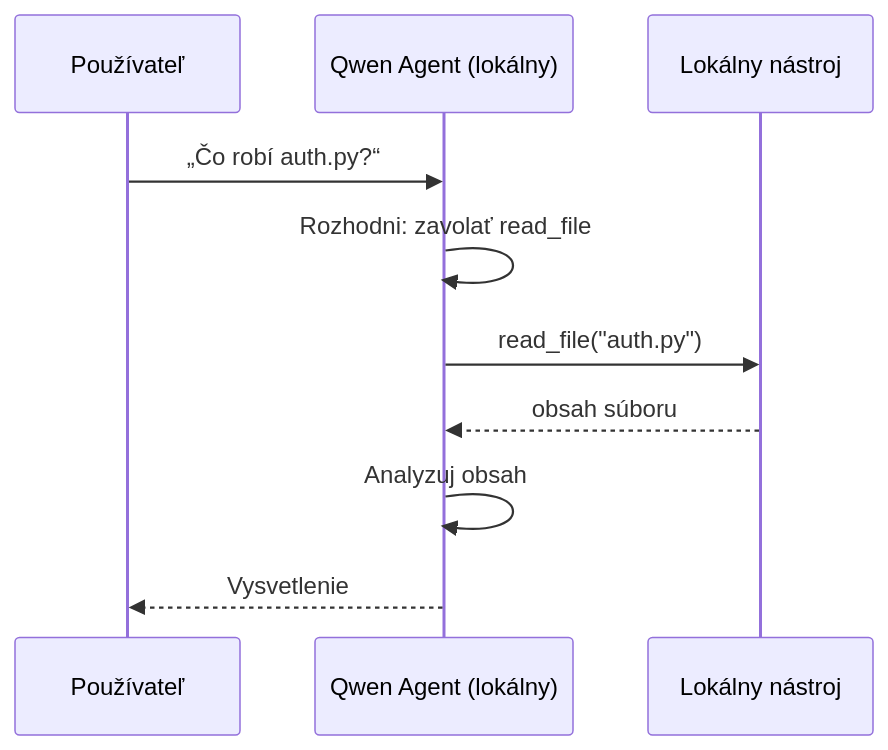
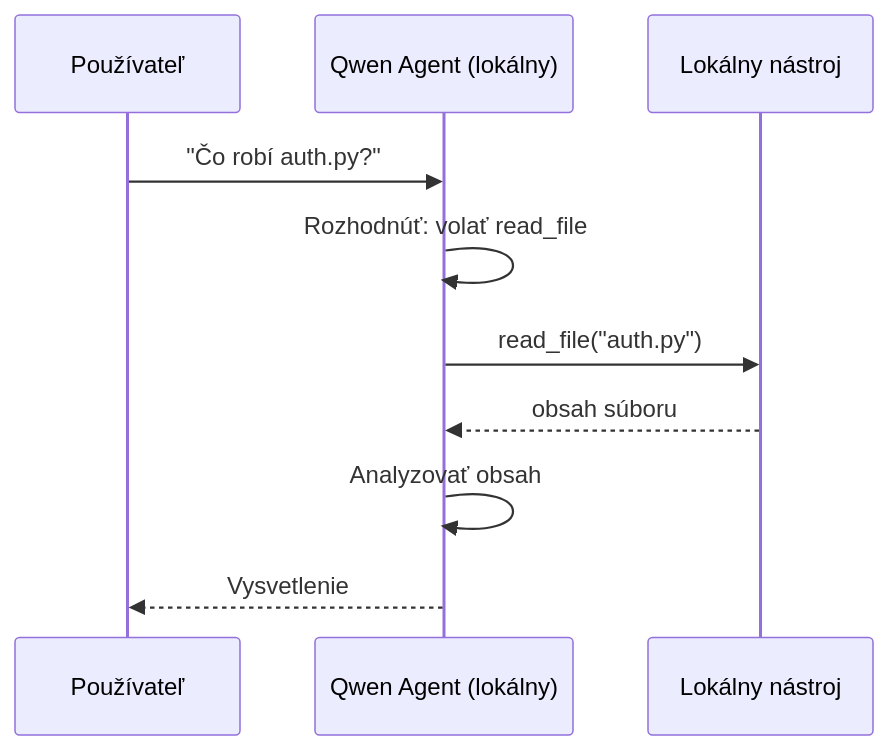
The second of 4 diagrams in translations/sk/17-creating-local-ai-agents/README.md (microsoft/ai-agents-for-beginners), drawn with Mermaid before and after one commit. The commit also changed other lines of this file and 46 other files, not shown here.

````diff
--- a/translations/sk/17-creating-local-ai-agents/README.md
+++ b/translations/sk/17-creating-local-ai-agents/README.md
@@ -106,12 +106,12 @@
 ```mermaid
 sequenceDiagram
     participant U as Používateľ
     participant A as Qwen Agent (lokálny)
     participant T as Lokálny nástroj
-    U->>A: „Čo robí auth.py?“
-    A->>A: Rozhodni: zavolať read_file
+    U->>A: "Čo robí auth.py?"
+    A->>A: Rozhodnúť: volať read_file
     A->>T: read_file("auth.py")
     T-->>A: obsah súboru
-    A->>A: Analyzuj obsah
+    A->>A: Analyzovať obsah
     A-->>U: Vysvetlenie
 ```
````
